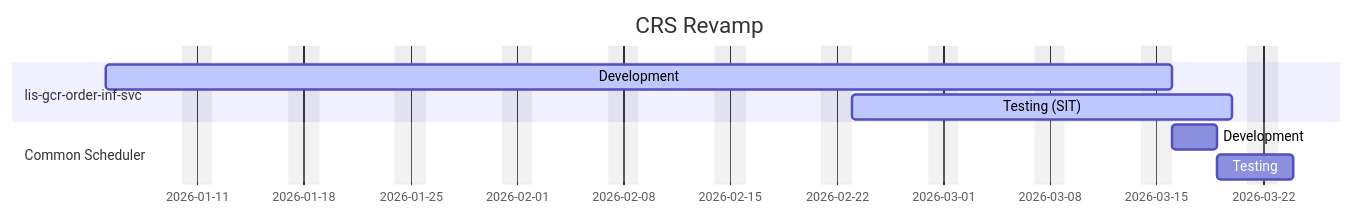
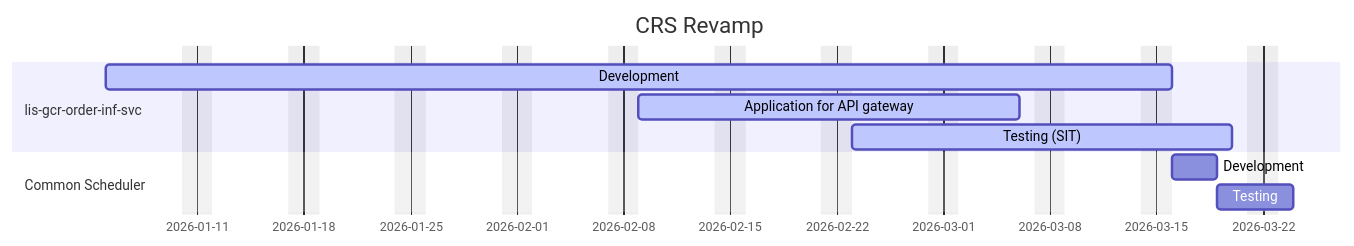
One commit to DragonChong/HA-Notes changed the diagram in LIS/Project Plans/GCRS Order Interface Revamp.md. Above: the diagram before and after it, drawn with Mermaid.

Commit message:
vault backup: 2026-03-04 16:16:08

````diff
--- a/LIS/Project Plans/GCRS Order Interface Revamp.md
+++ b/LIS/Project Plans/GCRS Order Interface Revamp.md
@@ -1,16 +1,17 @@
 ```mermaid
 gantt
     dateFormat  YYYY-MM-DD
     title       CRS Revamp
     excludes    weekends
     %% (`excludes` accepts specific dates in YYYY-MM-DD format, days of the week ("sunday") or "weekends", but not the word "weekdays".)
 
     section lis-gcr-order-inf-svc
     Development                         :active,  des1, 2026-01-05, 2026-03-16
+    Application for API gateway         :active,  des3, 2026-02-09, 2026-03-06
     Testing (SIT)                       :active,  des2, 2026-02-23, 2026-03-20
 
     section Common Scheduler
     Development    :         des1, 2026-03-16, 3d
     Testing    : 3d
 
 ```
````
